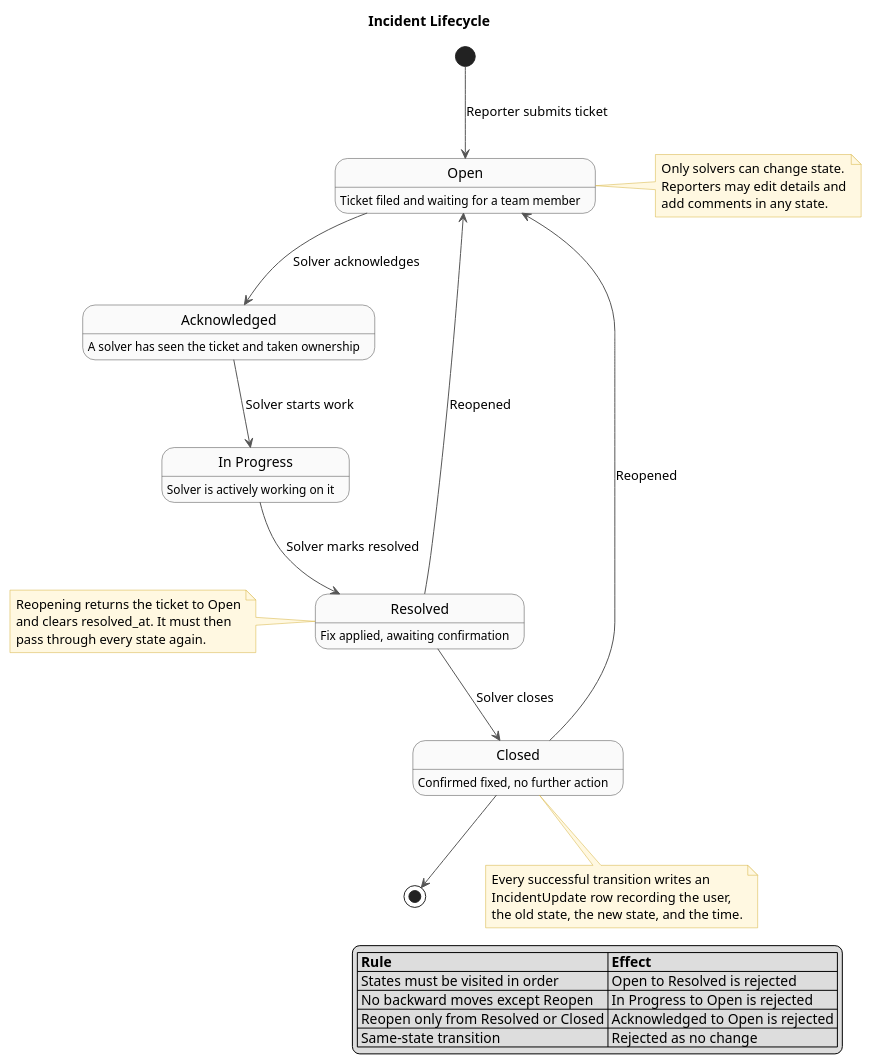
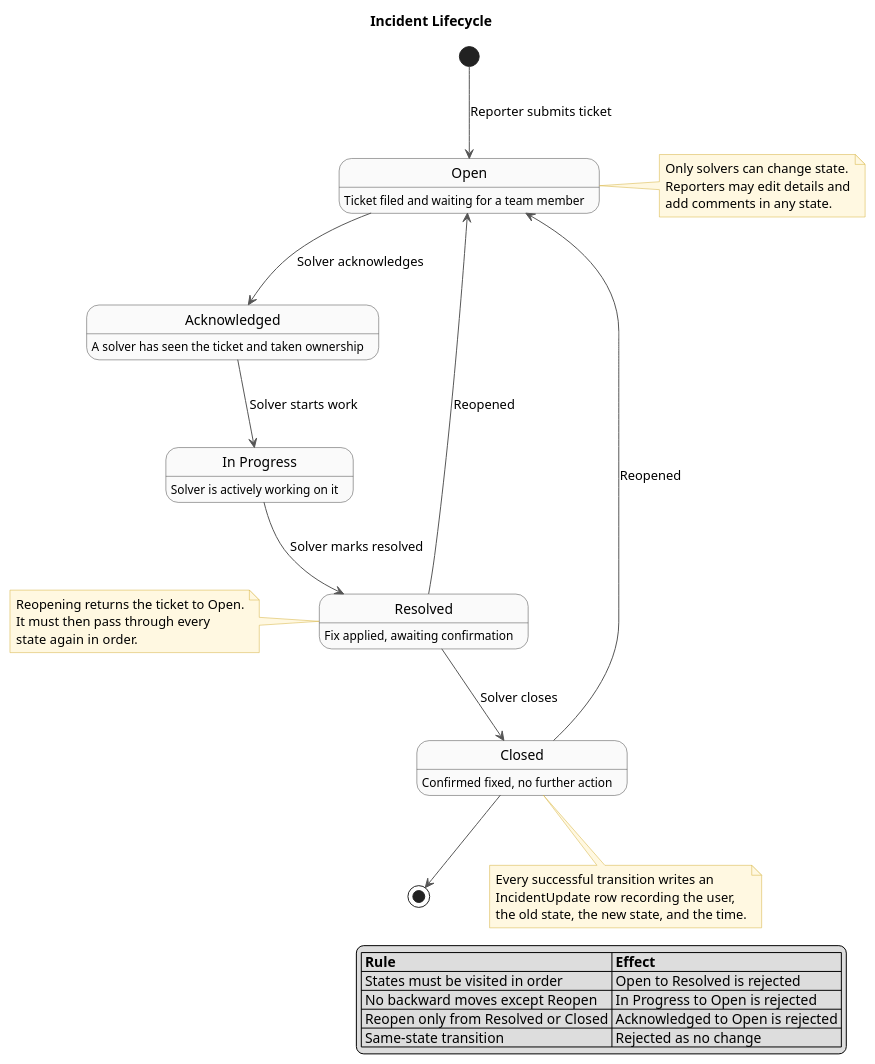
One commit to ZiedRbd/COSC-3339-Fall-2026-Term-Project changed the diagram in docs/incident-state-machine.puml. Above: the diagram before and after it, drawn with PlantUML. The commit also changed 9 other files, not shown here.

Commit message:
Block solvers from deleting tickets; correct diagrams and docs to match the code

```diff
--- a/docs/incident-state-machine.puml
+++ b/docs/incident-state-machine.puml
@@ -1,69 +1,69 @@
 @startuml Incident State Machine
 skinparam nodesep 60
 skinparam ranksep 70
 skinparam shadowing false
 skinparam state {
   BackgroundColor #FAFAFA
   BorderColor #444444
   FontName Helvetica
   ArrowColor #555555
 }
 skinparam noteBackgroundColor #FFF8E1
 skinparam noteBorderColor #D4AF37
 
 title Incident Lifecycle
 
 [*] --> Open : Reporter submits ticket
 
 Open --> Acknowledged : Solver acknowledges
 Acknowledged --> InProgress : Solver starts work
 InProgress --> Resolved : Solver marks resolved
 Resolved --> Closed : Solver closes
 Resolved --> Open : Reopened
 Closed --> Open : Reopened
 
 Closed --> [*]
 
 state Open {
   Open : Ticket filed and waiting for a team member
 }
 state Acknowledged {
   Acknowledged : A solver has seen the ticket and taken ownership
 }
 state "In Progress" as InProgress {
   InProgress : Solver is actively working on it
 }
 state Resolved {
   Resolved : Fix applied, awaiting confirmation
 }
 state Closed {
   Closed : Confirmed fixed, no further action
 }
 
 note right of Open
   Only solvers can change state.
   Reporters may edit details and
   add comments in any state.
 end note
 
 note bottom of Closed
   Every successful transition writes an
   IncidentUpdate row recording the user,
   the old state, the new state, and the time.
 end note
 
 note left of Resolved
-  Reopening returns the ticket to Open
-  and clears resolved_at. It must then
-  pass through every state again.
+  Reopening returns the ticket to Open.
+  It must then pass through every
+  state again in order.
 end note
 
 legend right
   |= Rule |= Effect |
   | States must be visited in order | Open to Resolved is rejected |
   | No backward moves except Reopen | In Progress to Open is rejected |
   | Reopen only from Resolved or Closed | Acknowledged to Open is rejected |
   | Same-state transition | Rejected as no change |
 endlegend
 
 @enduml
```
